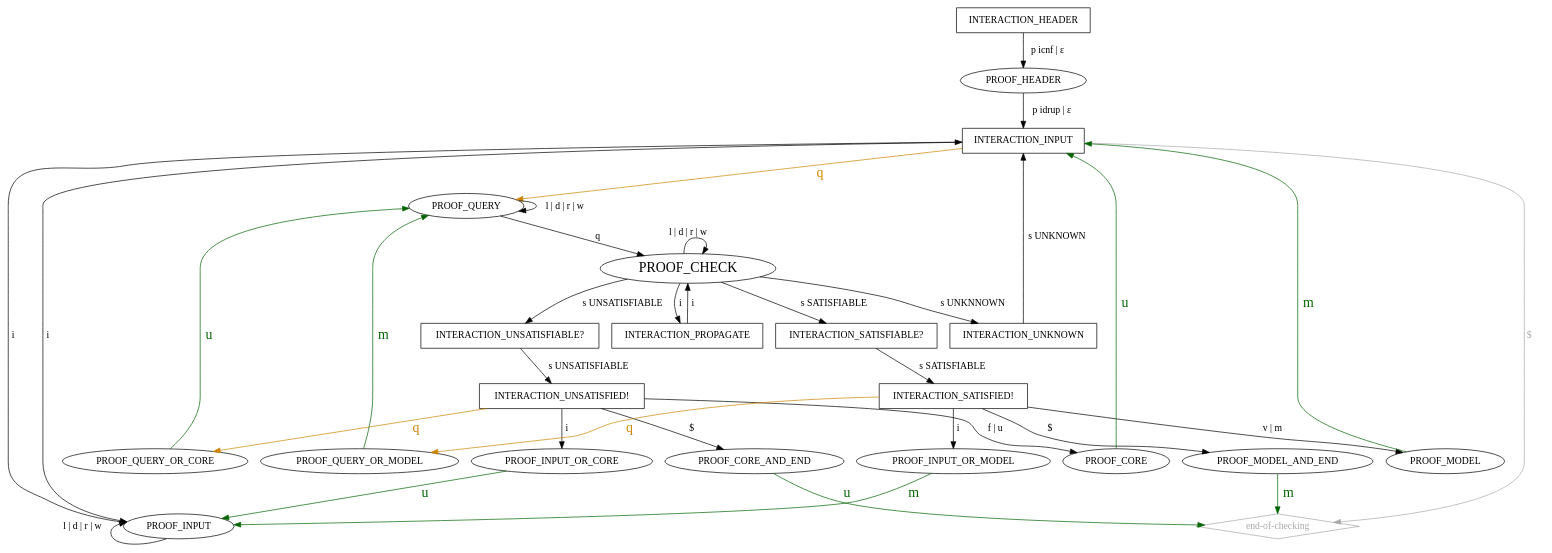
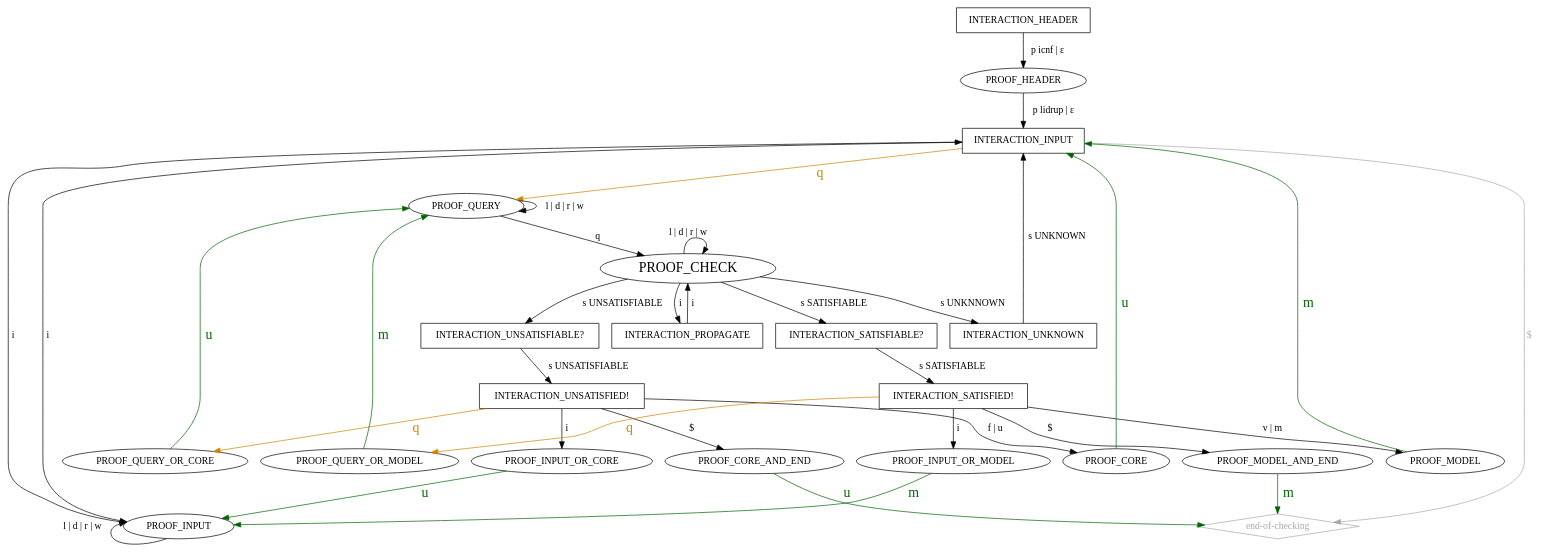
Before and after one commit to arminbiere/lidrup-check: the diagram in lidrup-check-strict.dot, drawn with Graphviz. The commit also changed 11 other files, not shown here.

```diff
--- a/lidrup-check-strict.dot
+++ b/lidrup-check-strict.dot
@@ -1,64 +1,64 @@
-digraph "idrup-check" {
+digraph "lidrup-check" {
 
   INTERACTION_HEADER [shape=box];
   INTERACTION_HEADER -> PROOF_HEADER [label=" p icnf | ε "];
-  PROOF_HEADER -> INTERACTION_INPUT [label=" p idrup | ε "];
+  PROOF_HEADER -> INTERACTION_INPUT [label=" p lidrup | ε "];
 
   "end-of-checking" [shape=diamond,color=darkgray,fontcolor=darkgray];
   "end-of-checking" -> INTERACTION_INPUT [label="$    ",dir=back,color=darkgray,fontcolor=darkgray];
 
   INTERACTION_INPUT [shape=box];
   INTERACTION_INPUT -> PROOF_INPUT [label=" i "];
   INTERACTION_INPUT -> PROOF_QUERY [label=" q ",color=orange3,fontsize=20,fontcolor=orange3];
 
   PROOF_INPUT -> INTERACTION_INPUT [label=" i "];
   PROOF_INPUT:sw -> PROOF_INPUT [label=" l | d | r | w "];
 
   PROOF_QUERY -> PROOF_CHECK [label=" q "];
   PROOF_QUERY -> PROOF_QUERY [label=" l | d | r | w "];
 
   PROOF_CHECK [fontsize=20];
   PROOF_CHECK:ne -> PROOF_CHECK:_ [label=" l | d | r | w ",dir=back];
   PROOF_CHECK -> INTERACTION_PROPAGATE [label=" i "];
   PROOF_CHECK -> INTERACTION_SATISFIABLE [label=" s SATISFIABLE "];
   PROOF_CHECK -> INTERACTION_UNSATISFIABLE [label=" s UNSATISFIABLE "];
   PROOF_CHECK -> INTERACTION_UNKNOWN [label=" s UNKNNOWN "];
 
   INTERACTION_PROPAGATE [shape=box];
   INTERACTION_PROPAGATE -> PROOF_CHECK [label=" i "];
 
   INTERACTION_UNSATISFIABLE [shape="box",label="INTERACTION_UNSATISFIABLE?"];
   INTERACTION_UNSATISFIABLE -> INTERACTION_UNSATISFIED [label=" s UNSATISFIABLE "];
 
   INTERACTION_SATISFIABLE [shape="box",label="INTERACTION_SATISFIABLE?"];
   INTERACTION_SATISFIABLE -> INTERACTION_SATISFIED [label=" s SATISFIABLE "];
 
   PROOF_QUERY_OR_MODEL -> PROOF_QUERY [label=" m ",color=darkgreen,fontcolor=darkgreen,fontsize=20];
 
   INTERACTION_SATISFIED [shape=box,label="INTERACTION_SATISFIED!"];
   INTERACTION_SATISFIED -> PROOF_MODEL [label=" v | m "];
   INTERACTION_SATISFIED -> PROOF_INPUT_OR_MODEL [label=" i "];
   INTERACTION_SATISFIED -> PROOF_QUERY_OR_MODEL [label=" q ", color=orange3,fontsize=20,fontcolor=orange3];
   INTERACTION_SATISFIED -> PROOF_MODEL_AND_END [label=" $ "];
 
   INTERACTION_UNSATISFIED [shape=box,label="INTERACTION_UNSATISFIED!"];
   INTERACTION_UNSATISFIED -> PROOF_CORE [label=" f | u "];
   INTERACTION_UNSATISFIED -> PROOF_INPUT_OR_CORE [label=" i "];
   INTERACTION_UNSATISFIED -> PROOF_QUERY_OR_CORE [label=" q ",color=orange3,fontsize=20,fontcolor=orange3];
   INTERACTION_UNSATISFIED -> PROOF_CORE_AND_END [label=" $ "];
 
   INTERACTION_UNKNOWN [shape=box];
   INTERACTION_UNKNOWN -> INTERACTION_INPUT [label="s UNKNOWN"];
 
   PROOF_MODEL_AND_END -> "end-of-checking" [label=" m ",color=darkgreen,fontsize=20,fontcolor=darkgreen];
   PROOF_CORE_AND_END -> "end-of-checking" [label=" u ",color=darkgreen,fontsize=20,fontcolor=darkgreen];
 
   PROOF_MODEL -> INTERACTION_INPUT [label=" m ",color=darkgreen,fontsize=20,fontcolor=darkgreen];
   PROOF_CORE -> INTERACTION_INPUT [label=" u ",color=darkgreen,fontsize=20,fontcolor=darkgreen];
 
   PROOF_INPUT_OR_MODEL -> PROOF_INPUT [label=" m ", color=darkgreen,fontcolor=darkgreen,fontsize=20];
 
   PROOF_QUERY_OR_CORE -> PROOF_QUERY [label=" u ",color=darkgreen,fontcolor=darkgreen,fontsize=20];
 
   PROOF_INPUT_OR_CORE -> PROOF_INPUT [label=" u ",color=darkgreen,fontcolor=darkgreen,fontsize=20];
 }
```
